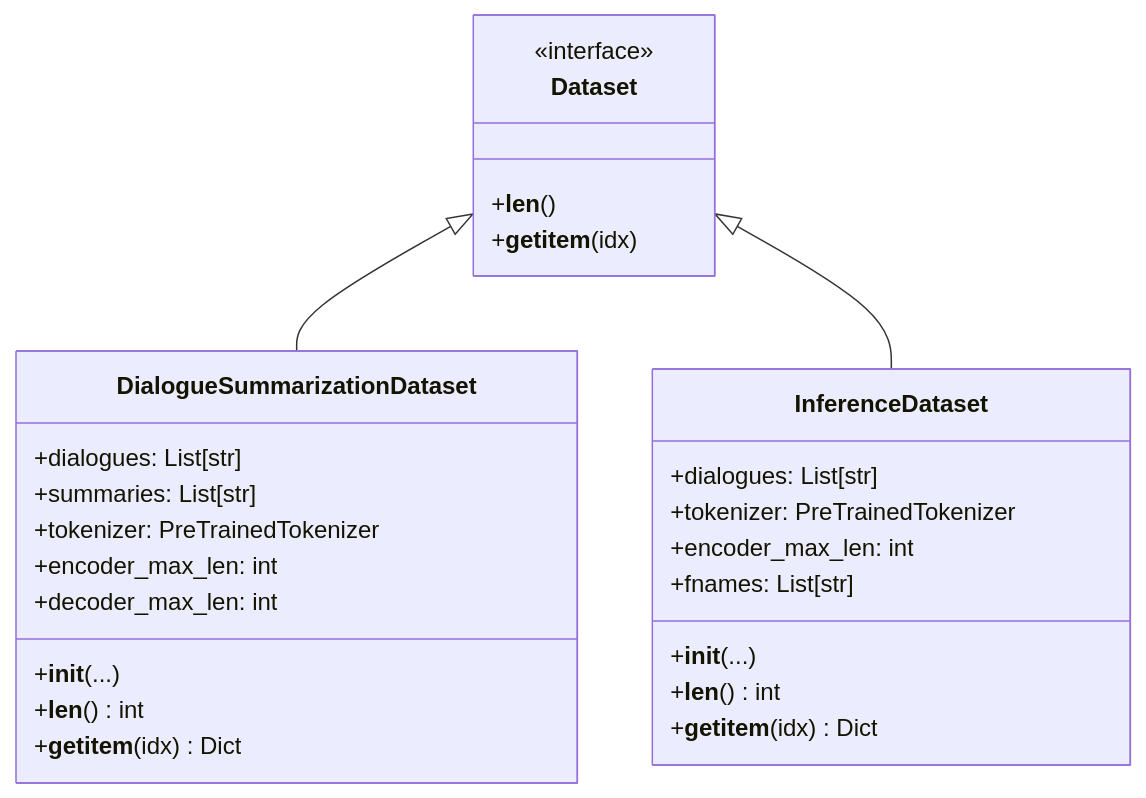
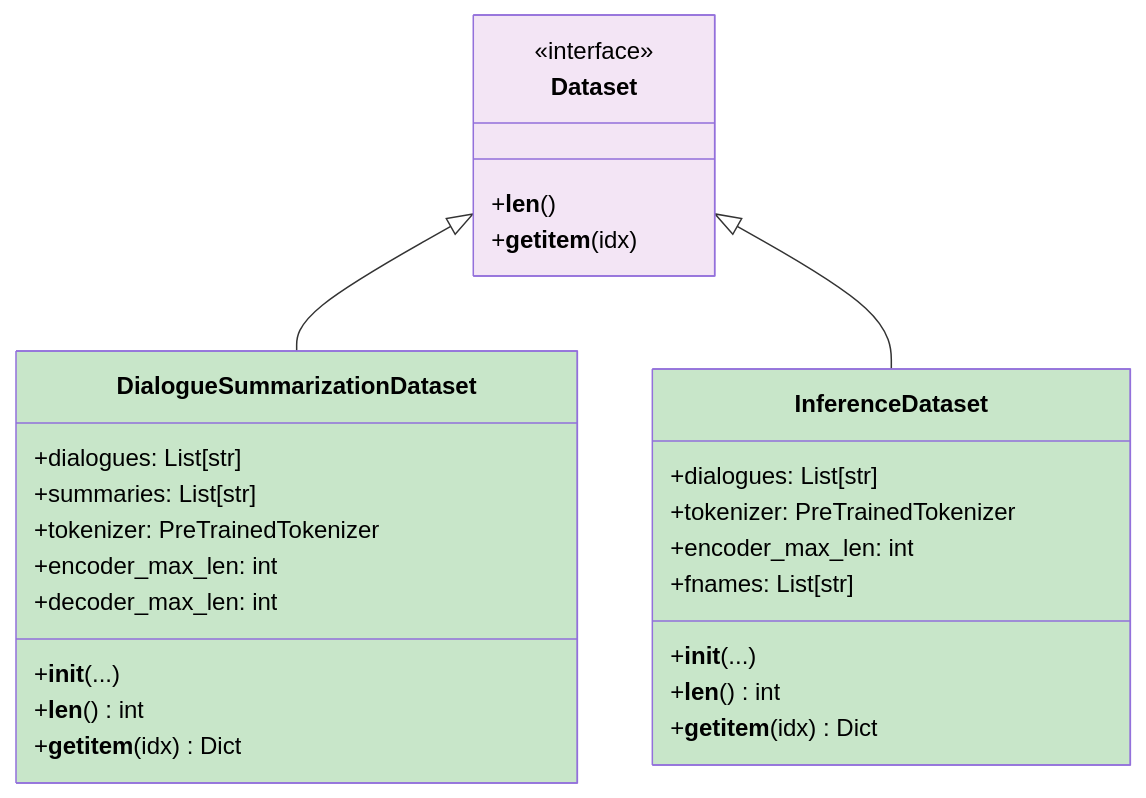
Before and after one commit to AIBootcamp14/naturallanguageprocessingcompetition-nlp-1: the second of 3 diagrams in docs/모듈화/06_데이터_파이프라인.md, drawn with Mermaid. The commit also changed other lines of this file and 1 other file, not shown here.

Commit message:
docs: Mermaid 다이어그램에 색상 스타일 적용
모든 Mermaid 다이어그램에 적절한 색상 스타일을 추가하여 가독성을 향상시켰습니다.

변경 사항:
- 02_핵심_시스템.md: 첫 번째 graph TB 다이어그램에 계층별 색상 적용
- 06_데이터_파이프라인.md: DialoguePreprocessor와 Dataset classDiagram에 색상 추가

색상 스키마:
- 입력 계층: #e1f5ff (light blue)
- 데이터 처리 계층: #fff3e0 (light orange)
- 모델 계층: #c8e6c9 (light green)
- 학습 계층: #f3e5f5 (light purple)
- 평가 계층: #ffccbc (light coral)
- 추론 계층: #b39ddb (medium purple)

기타 다이어그램(10_추론_최적화.md, README.md)은 이미 색상이 적용되어 있음을 확인.

````diff
--- a/docs/모듈화/06_데이터_파이프라인.md
+++ b/docs/모듈화/06_데이터_파이프라인.md
@@ -152,32 +154,36 @@
 ```mermaid
 classDiagram
     class Dataset {
         <<interface>>
         +__len__()
         +__getitem__(idx)
     }
 
     class DialogueSummarizationDataset {
         +dialogues: List[str]
         +summaries: List[str]
         +tokenizer: PreTrainedTokenizer
         +encoder_max_len: int
         +decoder_max_len: int
         +__init__(...)
         +__len__() int
         +__getitem__(idx) Dict
     }
 
     class InferenceDataset {
         +dialogues: List[str]
         +tokenizer: PreTrainedTokenizer
         +encoder_max_len: int
         +fnames: List[str]
         +__init__(...)
         +__len__() int
         +__getitem__(idx) Dict
     }
 
     Dataset <|-- DialogueSummarizationDataset
     Dataset <|-- InferenceDataset
+
+    style Dataset fill:#f3e5f5,color:#000
+    style DialogueSummarizationDataset fill:#c8e6c9,color:#000
+    style InferenceDataset fill:#c8e6c9,color:#000
 ```
````
